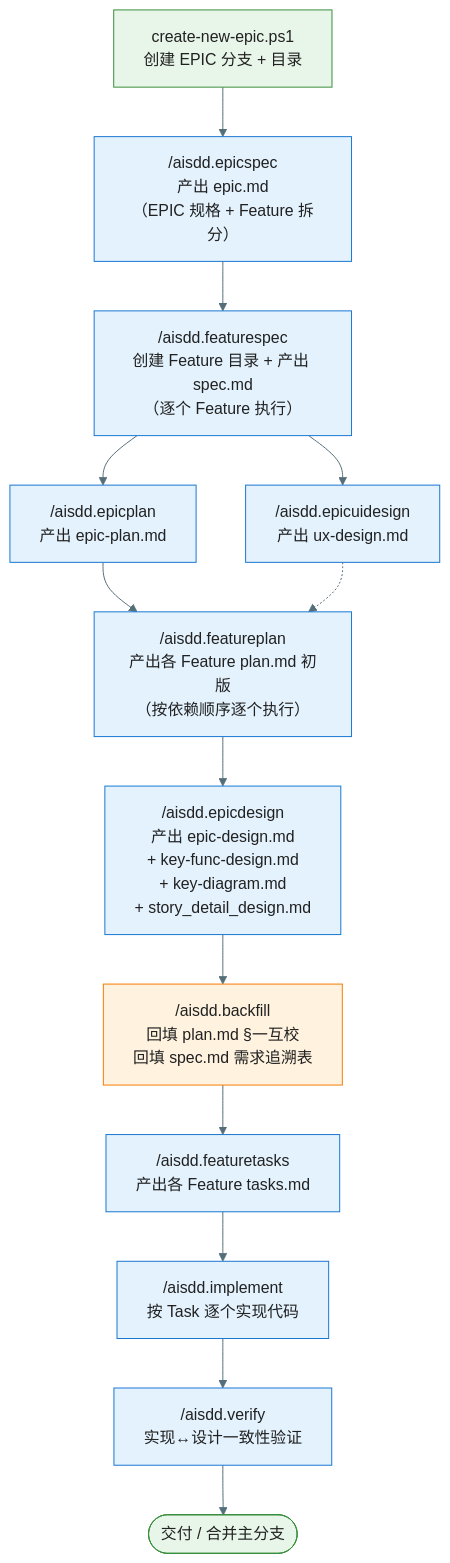
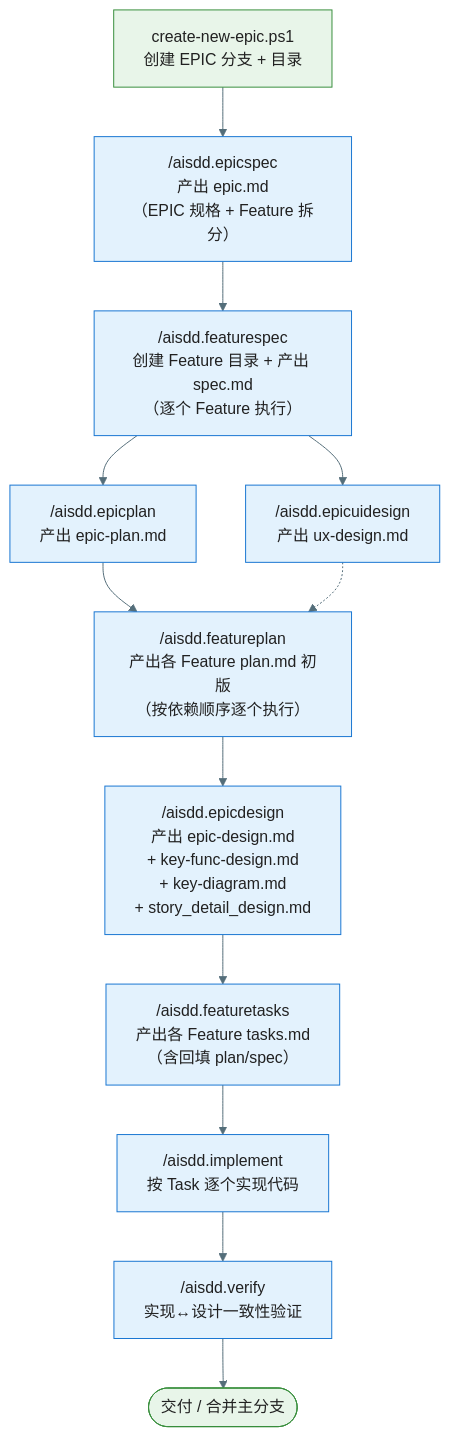
The third of 5 diagrams in .specify/workflow-overview.md (jackykarma/Verity), drawn with Mermaid before and after one commit. The commit also changed other lines of this file and 6 other files, not shown here.

````diff
--- a/.specify/workflow-overview.md
+++ b/.specify/workflow-overview.md
@@ -148,20 +144,18 @@
 ```mermaid
 %%{init: {'theme': 'base', 'themeVariables': { 'primaryColor': '#E3F2FD', 'primaryTextColor': '#212121', 'primaryBorderColor': '#1976D2', 'lineColor': '#546E7A'}}}%%
 flowchart TD
     Step1["create-new-epic.ps1<br/>创建 EPIC 分支 + 目录"] --> Step2["/aisdd.epicspec<br/>产出 epic.md<br/>（EPIC 规格 + Feature 拆分）"]
     Step2 --> Step3["/aisdd.featurespec<br/>创建 Feature 目录 + 产出 spec.md<br/>（逐个 Feature 执行）"]
     Step3 --> Step4["/aisdd.epicplan<br/>产出 epic-plan.md"]
     Step3 --> Step5["/aisdd.epicuidesign<br/>产出 ux-design.md"]
     Step4 --> Step6["/aisdd.featureplan<br/>产出各 Feature plan.md 初版<br/>（按依赖顺序逐个执行）"]
     Step5 -.-> Step6
     Step6 --> Step7["/aisdd.epicdesign<br/>产出 epic-design.md<br/>+ key-func-design.md<br/>+ key-diagram.md<br/>+ story_detail_design.md"]
-    Step7 --> Step8["/aisdd.backfill<br/>回填 plan.md §一互校<br/>回填 spec.md 需求追溯表"]
-    Step8 --> Step9["/aisdd.featuretasks<br/>产出各 Feature tasks.md"]
-    Step9 --> Step10["/aisdd.implement<br/>按 Task 逐个实现代码"]
-    Step10 --> Step11["/aisdd.verify<br/>实现↔设计一致性验证"]
-    Step11 --> Step12([交付 / 合并主分支])
+    Step7 --> Step8["/aisdd.featuretasks<br/>产出各 Feature tasks.md<br/>（含回填 plan/spec）"]
+    Step8 --> Step9["/aisdd.implement<br/>按 Task 逐个实现代码"]
+    Step9 --> Step10["/aisdd.verify<br/>实现↔设计一致性验证"]
+    Step10 --> Step11([交付 / 合并主分支])
 
     style Step1 fill:#E8F5E9,stroke:#388E3C
-    style Step12 fill:#E8F5E9,stroke:#388E3C
-    style Step8 fill:#FFF3E0,stroke:#F57C00
+    style Step11 fill:#E8F5E9,stroke:#388E3C
 ```
````
